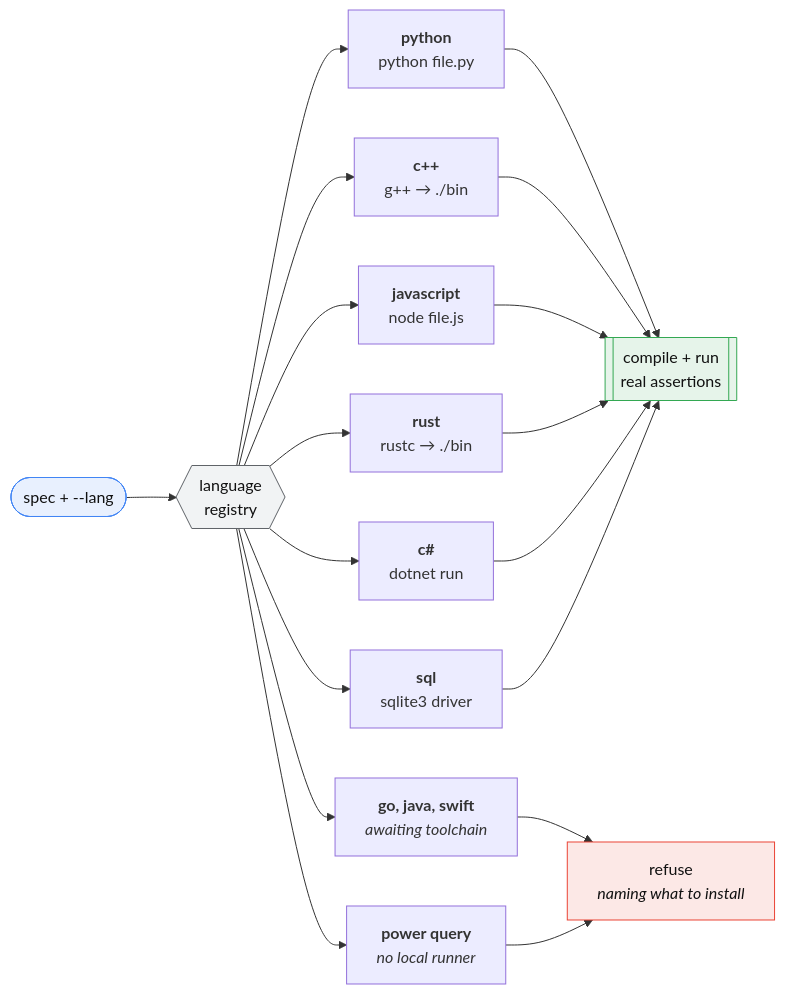
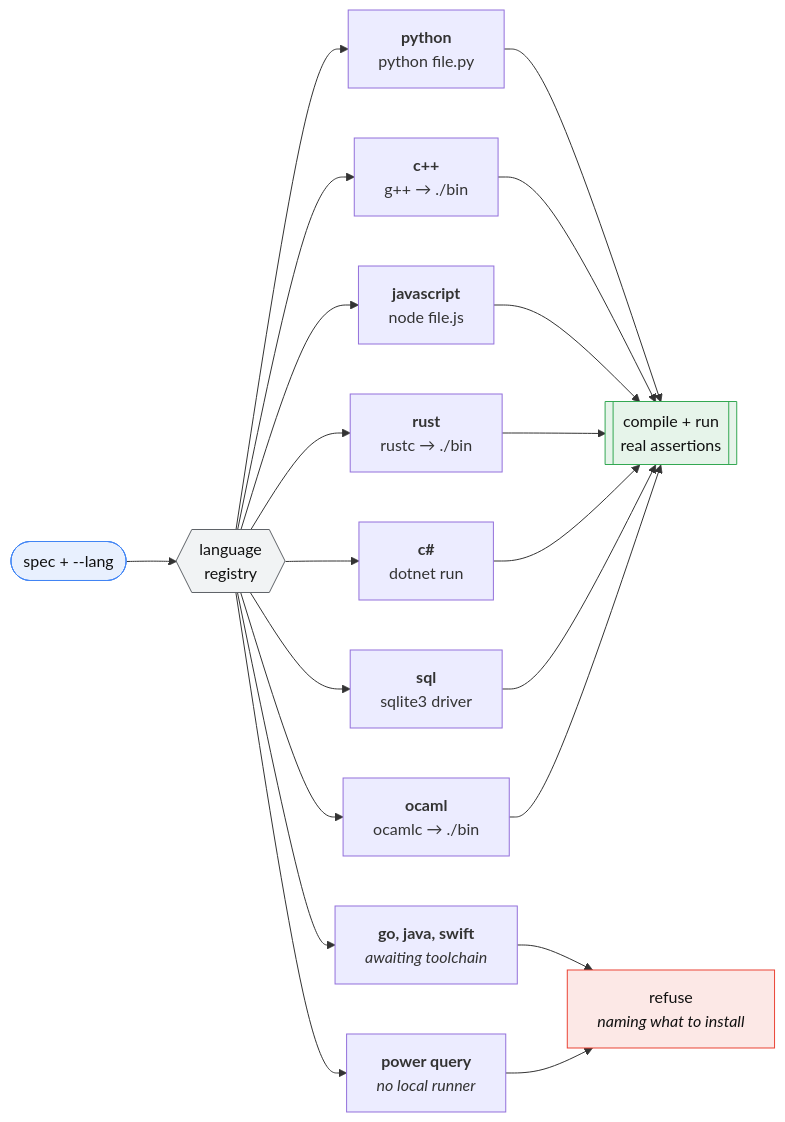
Before and after one commit to jurewiczM/PureCoder: the third of 3 diagrams in README.md, drawn with Mermaid. The commit also changed other lines of this file and 2 other files, not shown here.

First line of the commit message:
docs: OCaml is wired, so an OCaml failure is an ordinary failure again

````diff
--- a/README.md
+++ b/README.md
@@ -281,27 +283,29 @@
 ```mermaid
 flowchart LR
     SPEC([spec + --lang]) --> REG{{language<br/>registry}}
 
     REG --> PY["<b>python</b><br/>python file.py"]
     REG --> CPP["<b>c++</b><br/>g++ → ./bin"]
     REG --> JS["<b>javascript</b><br/>node file.js"]
     REG --> RS["<b>rust</b><br/>rustc → ./bin"]
     REG --> CS["<b>c#</b><br/>dotnet run"]
     REG --> SQL["<b>sql</b><br/>sqlite3 driver"]
+    REG --> ML["<b>ocaml</b><br/>ocamlc → ./bin"]
     REG --> GO["<b>go, java, swift</b><br/><i>awaiting toolchain</i>"]
     REG --> PQ["<b>power query</b><br/><i>no local runner</i>"]
 
     PY --> RUN[[compile + run<br/>real assertions]]
     CPP --> RUN
     JS --> RUN
     RS --> RUN
     CS --> RUN
     SQL --> RUN
+    ML --> RUN
     GO --> NO[refuse<br/><i>naming what to install</i>]
     PQ --> NO
 
     style SPEC fill:#e8f0fe,stroke:#4285f4,color:#111
     style REG fill:#f1f3f4,stroke:#5f6368,color:#111
     style RUN fill:#e6f4ea,stroke:#34a853,color:#111
     style NO fill:#fce8e6,stroke:#ea4335,color:#111
 ```
````
